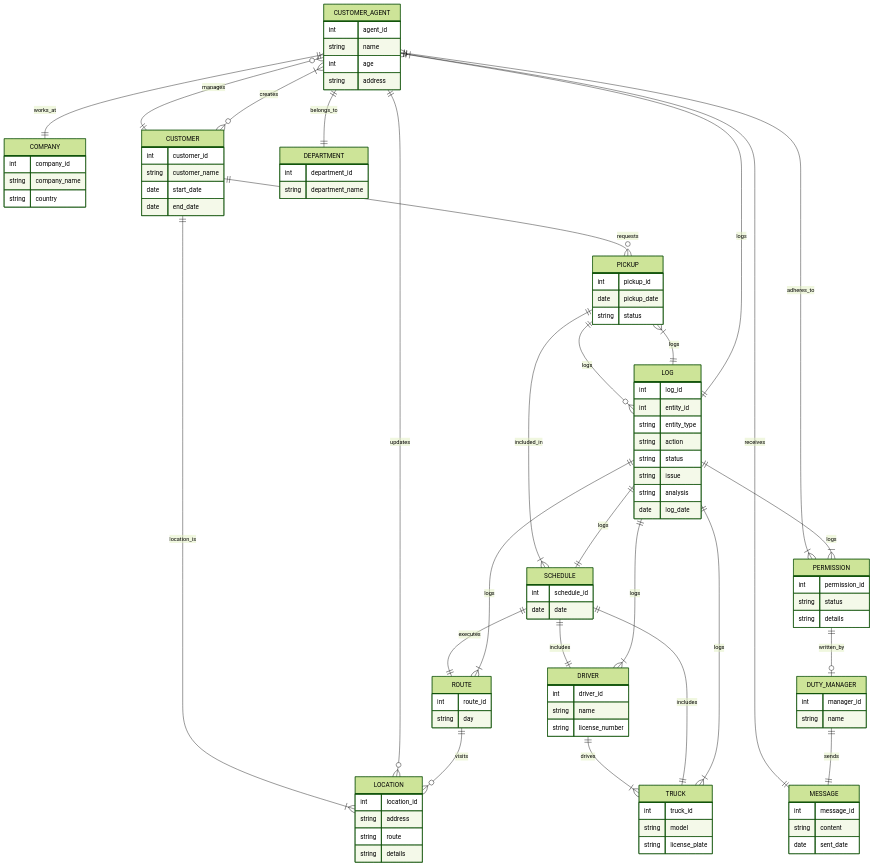
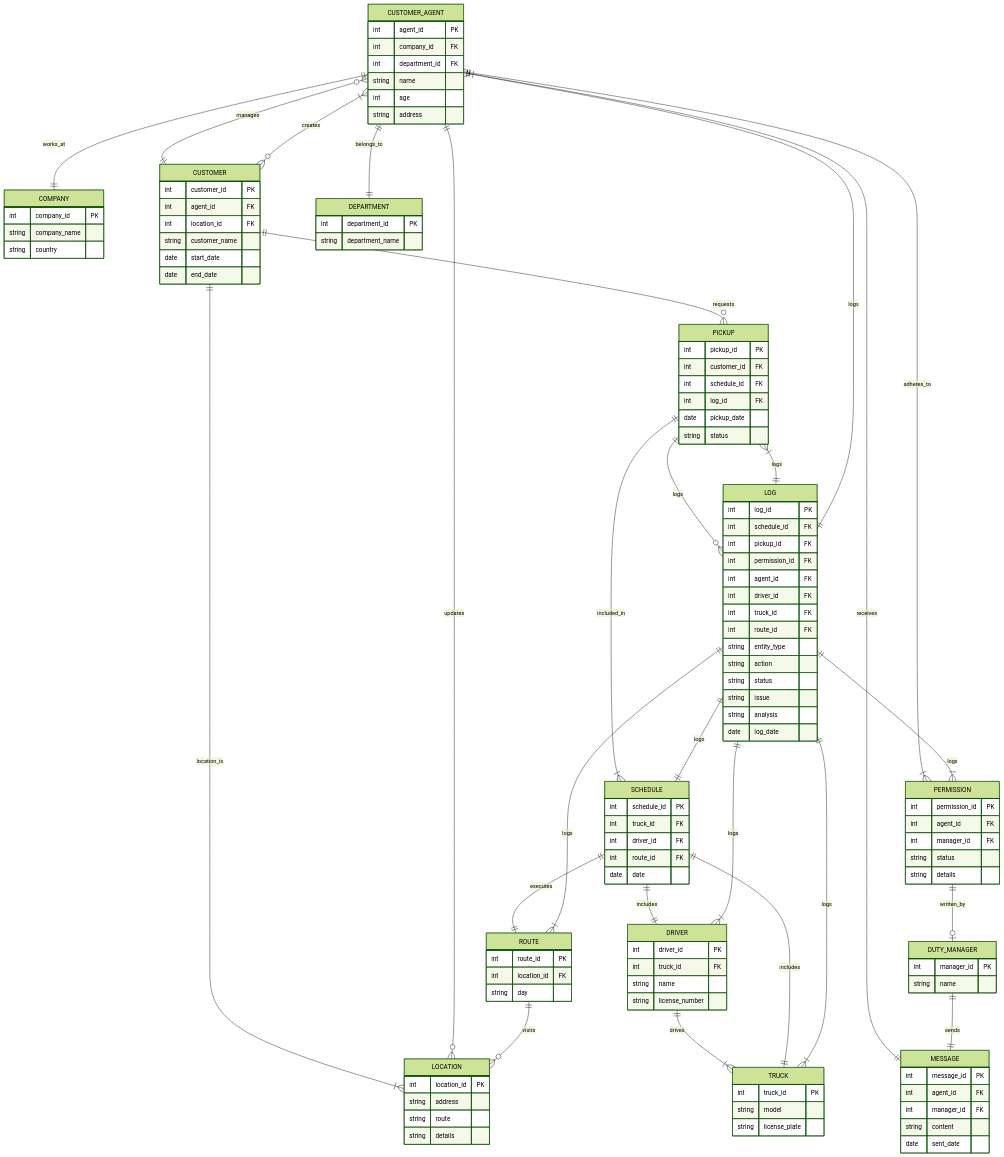
One commit to denoland/std changed the diagram in agents/hamr.md. Above: the diagram before and after it, drawn with Mermaid (forest theme).

Commit message:
add PK and FK constraints

````diff
--- a/agents/hamr.md
+++ b/agents/hamr.md
@@ -28,70 +28,94 @@
 ```mermaid
 erDiagram
-
-CUSTOMER_AGENT { int agent_id string name int age string address }
+CUSTOMER_AGENT {
+    int agent_id PK
+    int company_id FK
+    int department_id FK
+    string name
+    int age
+    string address
+}
 
 COMPANY {
-    int company_id
+    int company_id PK
     string company_name
     string country
 }
 
 CUSTOMER {
-    int customer_id
+    int customer_id PK
+    int agent_id FK
+    int location_id FK
     string customer_name
     date start_date
     date end_date
 }
 
 LOCATION {
-    int location_id
+    int location_id PK
     string address
     string route
     string details
 }
 
 DEPARTMENT {
-    int department_id
+    int department_id PK
     string department_name
 }
 
 ROUTE {
-    int route_id
+    int route_id PK
+    int location_id FK
     string day
 }
 
 DRIVER {
-    int driver_id
+    int driver_id PK
+    int truck_id FK
     string name
     string license_number
 }
 
 TRUCK {
-    int truck_id
+    int truck_id PK
     string model
     string license_plate
 }
 
 PICKUP {
-    int pickup_id
+    int pickup_id PK
+    int customer_id FK
+    int schedule_id FK
+    int log_id FK
     date pickup_date
     string status
 }
 
 SCHEDULE {
-    int schedule_id
+    int schedule_id PK
+    int truck_id FK
+    int driver_id FK
+    int route_id FK
     date date
 }
 
 PERMISSION {
-    int permission_id
+    int permission_id PK
+    int agent_id FK
+    int manager_id FK
     string status
     string details
 }
 
 LOG {
-    int log_id
-    int entity_id
+    int log_id PK
+    int schedule_id FK
+    int pickup_id FK
+    int permission_id FK
+    int agent_id FK
+    int driver_id FK
+    int truck_id FK
+    int route_id FK
     string entity_type
     string action
     string status
@@ -101,12 +125,14 @@
 }
 
 DUTY_MANAGER {
-    int manager_id
+    int manager_id PK
     string name
 }
 
 MESSAGE {
-    int message_id
+    int message_id PK
+    int agent_id FK
+    int manager_id FK
     string content
     date sent_date
 }
````
